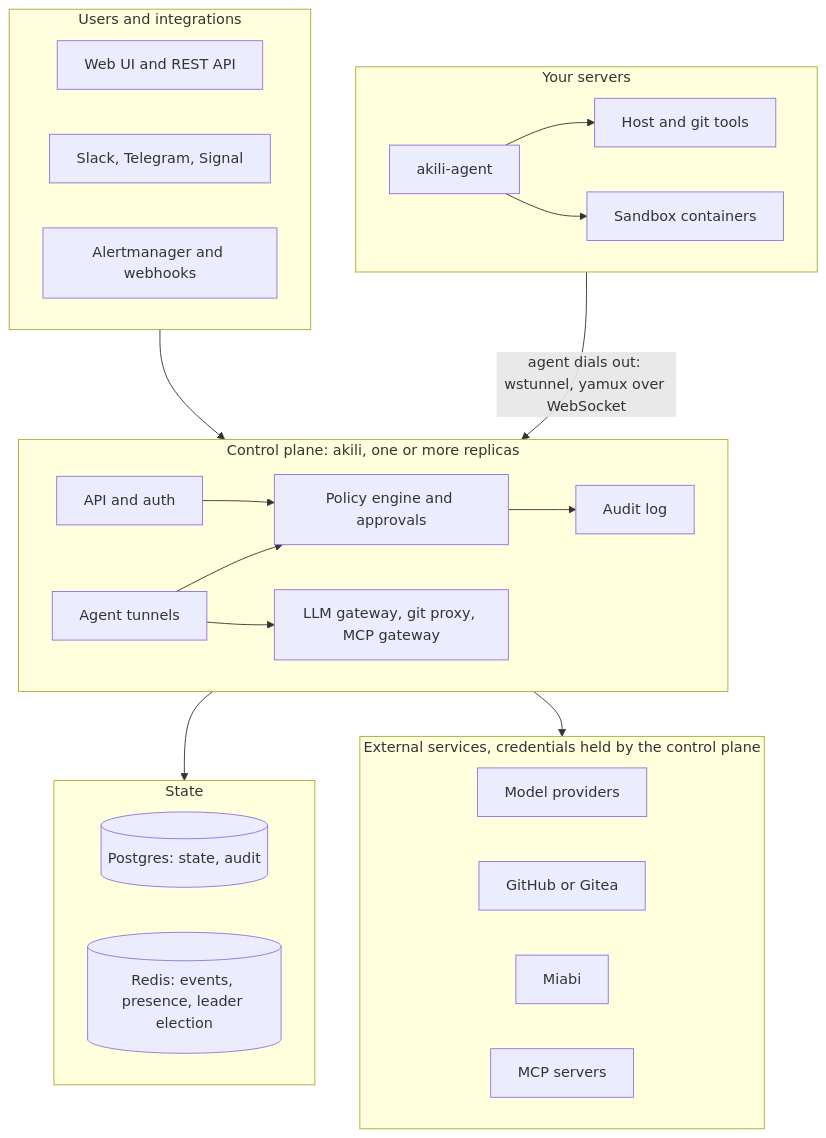
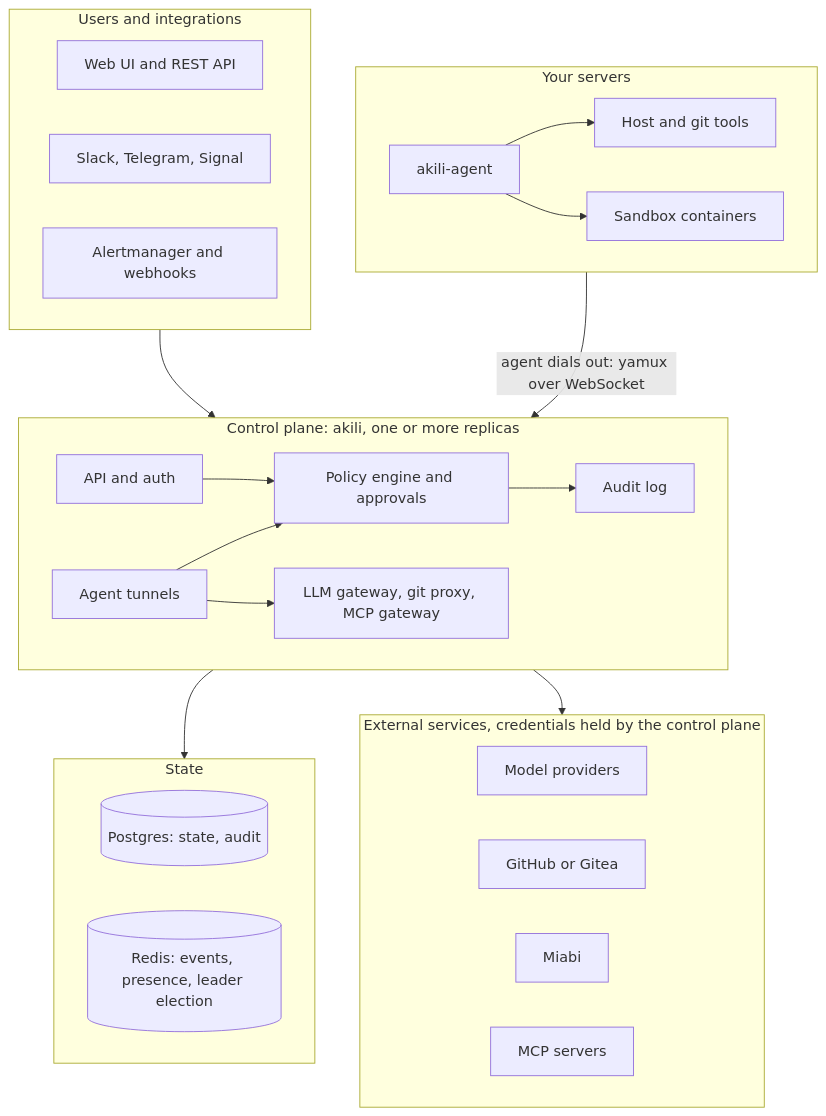
One commit to goakili/akili changed the diagram in README.md. Above: the diagram before and after it, drawn with Mermaid. The commit also changed other lines of this file, not shown here.

First line of the commit message:
docs(readme): drop the stale agent-binary-serving claim and polish

````diff
--- a/README.md
+++ b/README.md
@@ -65,41 +65,41 @@
 ```mermaid
 flowchart TB
     subgraph clients["Users and integrations"]
         direction LR
         ui["Web UI and REST API"]
         chat["Slack, Telegram, Signal"]
         alerts["Alertmanager and webhooks"]
     end
 
     subgraph cp["Control plane: akili, one or more replicas"]
         direction LR
         api["API and auth"] --> policy["Policy engine and approvals"] --> audit["Audit log"]
         tunnel["Agent tunnels"] --> policy
         tunnel --> gateways["LLM gateway, git proxy, MCP gateway"]
     end
 
     subgraph data["State"]
         direction LR
         pg[("Postgres: state, audit")]
         redis[("Redis: events, presence, leader election")]
     end
 
     subgraph ext["External services, credentials held by the control plane"]
         direction LR
         llm["Model providers"]
         forge["GitHub or Gitea"]
         miabi["Miabi"]
         mcpsrv["MCP servers"]
     end
 
     subgraph host["Your servers"]
         direction LR
         agent["akili-agent"] --> tools["Host and git tools"]
         agent --> sandbox["Sandbox containers"]
     end
 
     clients --> cp
     cp --> data
     cp --> ext
-    host -- "agent dials out: wstunnel, yamux over WebSocket" --> cp
+    host -- "agent dials out: yamux over WebSocket" --> cp
 ```
````
